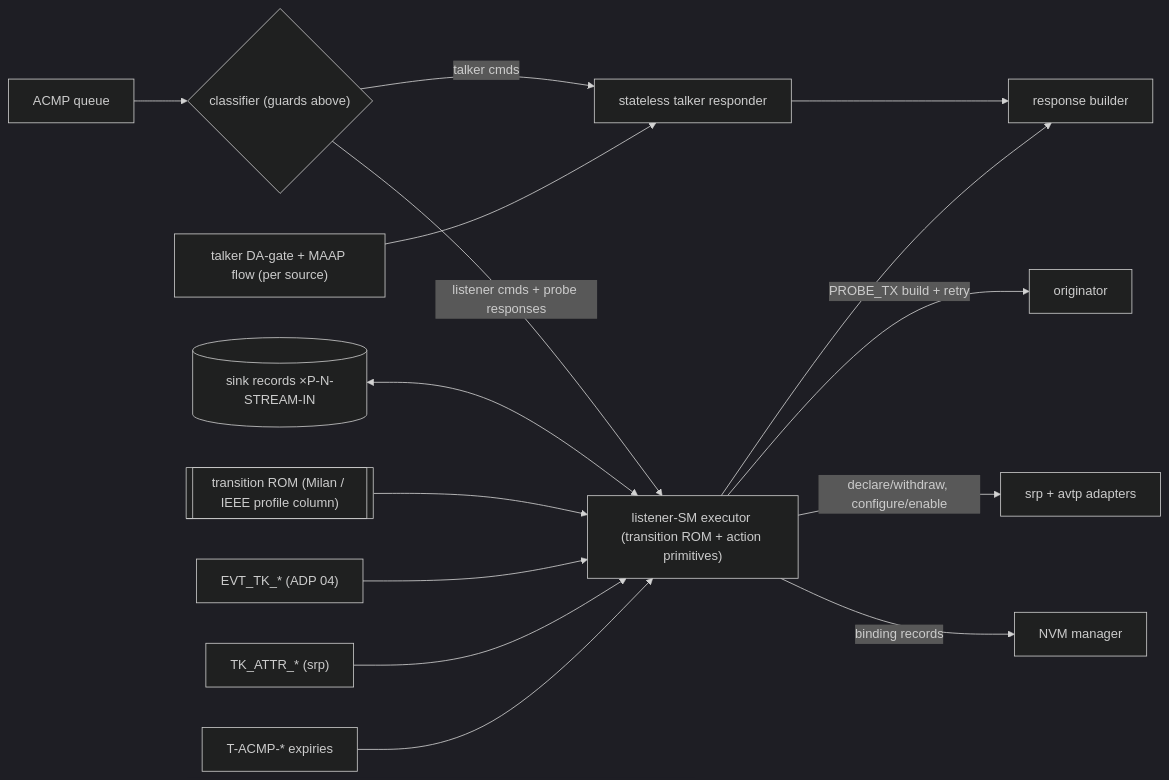
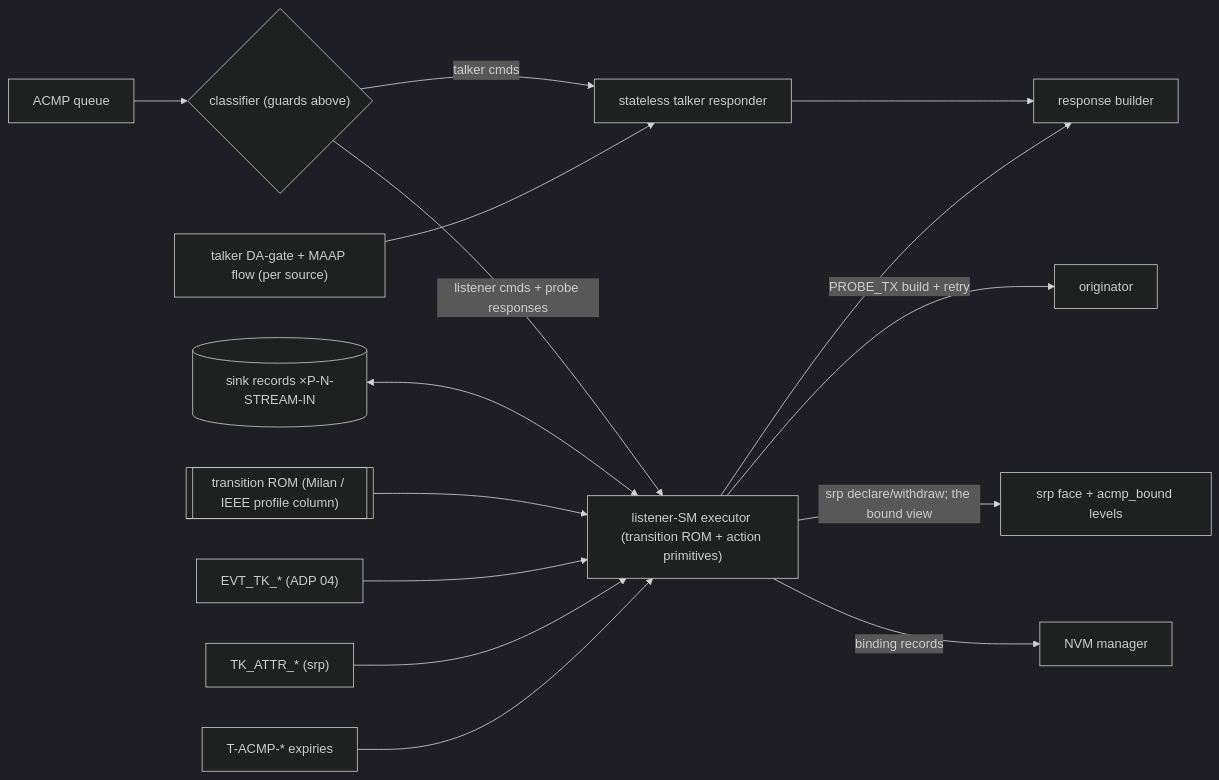
The first of 11 diagrams in docs/architecture/05_acmp_engine.md (Mister-M-alt/protocol-processor-control-plane-avb-milan), drawn with Mermaid (dark theme) before and after one commit. The commit also changed other lines of this file and 6 other files, not shown here.

````diff
--- a/docs/architecture/05_acmp_engine.md
+++ b/docs/architecture/05_acmp_engine.md
@@ -93,17 +93,17 @@
 ```mermaid
 flowchart LR
   rxq["ACMP queue"] --> clsf{"classifier (guards above)"}
   clsf -- "talker cmds" --> tresp["stateless talker responder"]
   clsf -- "listener cmds + probe responses" --> exec["listener-SM executor (transition ROM + action primitives)"]
   recs[("sink records ×P-N-STREAM-IN")] <--> exec
   rom[["transition ROM (Milan / IEEE profile column)"]] --> exec
   tk["EVT_TK_* (ADP 04)"] --> exec
   srpev["TK_ATTR_* (srp)"] --> exec
   texp["T-ACMP-* expiries"] --> exec
   exec -- "PROBE_TX build + retry" --> orig["originator"]
   tresp --> resp["response builder"]
   exec --> resp
-  exec -- "declare/withdraw, configure/enable" --> srpav["srp + avtp adapters"]
+  exec -- "srp declare/withdraw; the bound view" --> srpav["srp face + acmp_bound levels"]
   exec -- "binding records" --> nvm["NVM manager"]
   dagate["talker DA-gate + MAAP flow (per source)"] --> tresp
 ```
````
